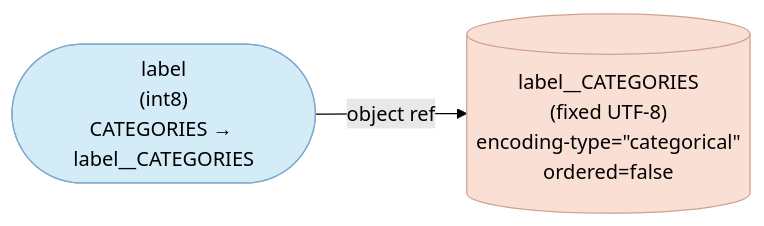
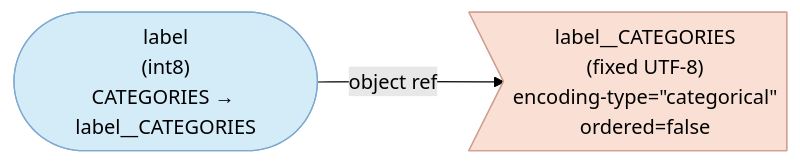
The fourth of 8 diagrams in HEP001/index.md (HDFAlliance/heps), drawn with Mermaid (forest theme) before and after one commit. The commit also changed other lines of this file, not shown here.

````diff
--- a/HEP001/index.md
+++ b/HEP001/index.md
@@ -667,12 +671,12 @@
 ```{mermaid}
 graph LR
   col(["label<br/>(int8)<br/>CATEGORIES &rarr; label__CATEGORIES"])
-  cat[("label__CATEGORIES<br/>(fixed UTF-8)<br/>encoding‑type=&quot;categorical&quot;<br/>ordered=false")]
+  cat>"label__CATEGORIES<br/>(fixed UTF-8)<br/>encoding‑type=&quot;categorical&quot;<br/>ordered=false"]
   col -- object ref --> cat
 
   classDef dataCol fill:#D4EBF8,stroke:#7FA9D0,stroke-width:1px,color:#000
   classDef catData fill:#FAE0D4,stroke:#D09F90,stroke-width:1px,color:#000
 
   class col dataCol
   class cat catData
 ```
````
